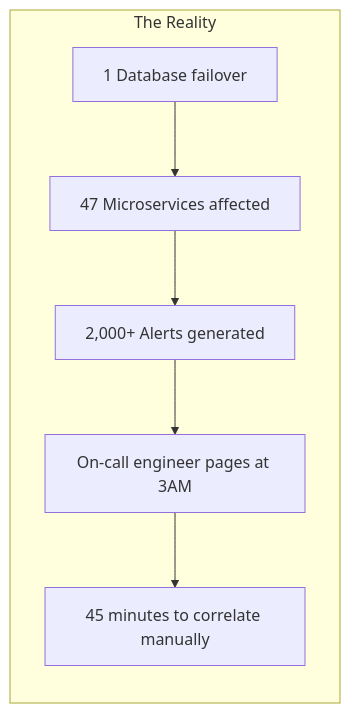
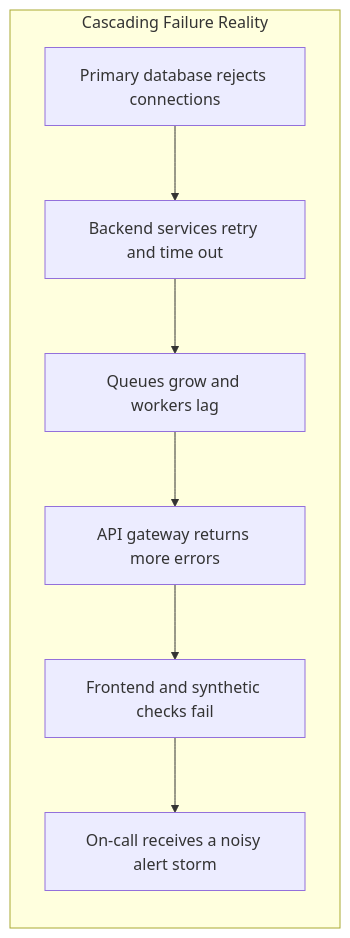
The first of 8 diagrams in src/content/docs/platform/disciplines/data-ai/aiops/module-6.3-event-correlation.md (krisztiankoos/kubedojo), drawn with Mermaid before and after one commit. The commit also changed other lines of this file, not shown here.

````diff
--- a/src/content/docs/platform/disciplines/data-ai/aiops/module-6.3-event-correlation.md
+++ b/src/content/docs/platform/disciplines/data-ai/aiops/module-6.3-event-correlation.md
@@ -44,10 +43,11 @@
 ```mermaid
 flowchart TD
-    subgraph The Reality
+    subgraph Reality["Cascading Failure Reality"]
         direction TB
-        A[1 Database failover] --> B[47 Microservices affected]
-        B --> C[2,000+ Alerts generated]
-        C --> D[On-call engineer pages at 3AM]
-        D --> E[45 minutes to correlate manually]
+        A["Primary database rejects connections"] --> B["Backend services retry and time out"]
+        B --> C["Queues grow and workers lag"]
+        C --> D["API gateway returns more errors"]
+        D --> E["Frontend and synthetic checks fail"]
+        E --> F["On-call receives a noisy alert storm"]
     end
 ```
````
